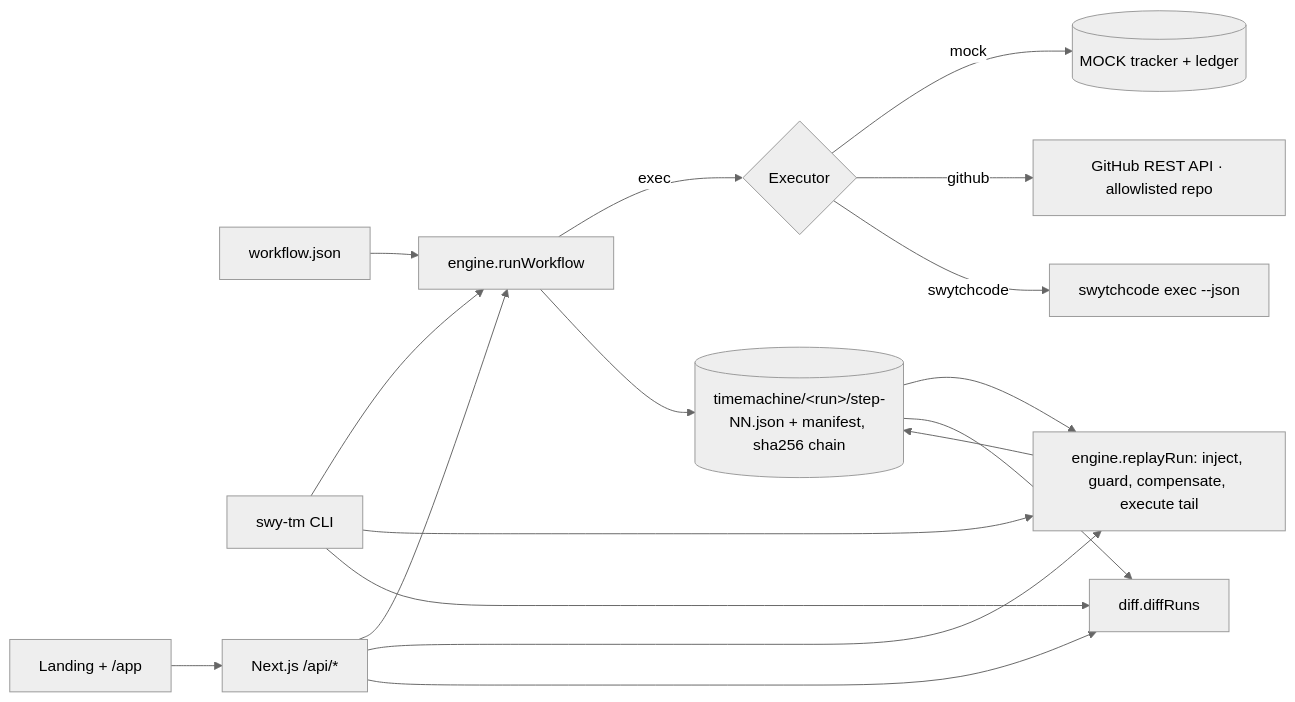
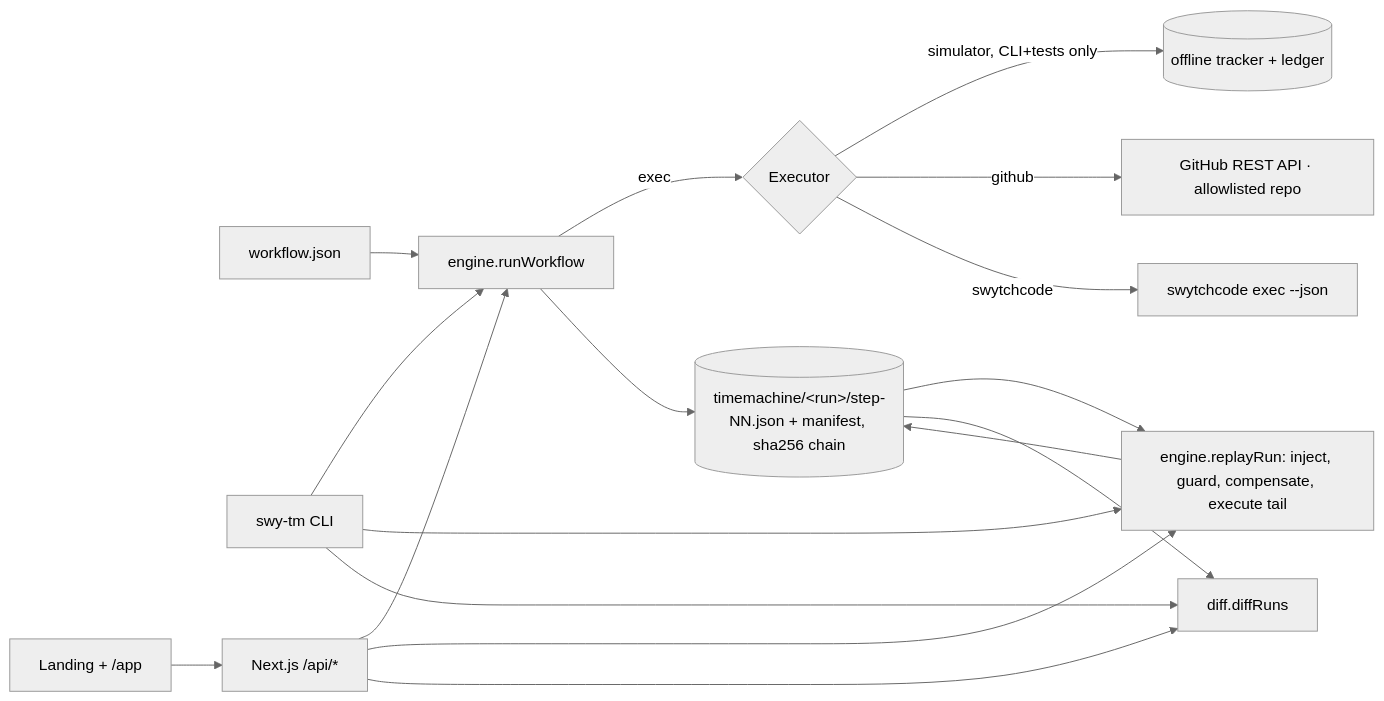
Before and after one commit to RidhimaKulashriz/SWTTM: the diagram in README.md, drawn with Mermaid (neutral theme). The commit also changed other lines of this file and 25 other files, not shown here.

````diff
--- a/README.md
+++ b/README.md
@@ -93,15 +98,15 @@
 ```mermaid
 flowchart LR
   WF[workflow.json] --> RUN[engine.runWorkflow]
   RUN -->|exec| EX{Executor}
-  EX -->|mock| MOCK[(MOCK tracker + ledger)]
+  EX -->|simulator, CLI+tests only| MOCK[(offline tracker + ledger)]
   EX -->|github| GH[GitHub REST API · allowlisted repo]
   EX -->|swytchcode| SWY[swytchcode exec --json]
   RUN --> SNAP[(timemachine/&lt;run&gt;/step-NN.json + manifest, sha256 chain)]
   SNAP --> REP[engine.replayRun: inject, guard, compensate, execute tail]
   REP --> SNAP
   SNAP --> DIFF[diff.diffRuns]
   CLI[swy-tm CLI] --> RUN & REP & DIFF
   API[Next.js /api/*] --> RUN & REP & DIFF
   UI[Landing + /app] --> API
 ```
````
